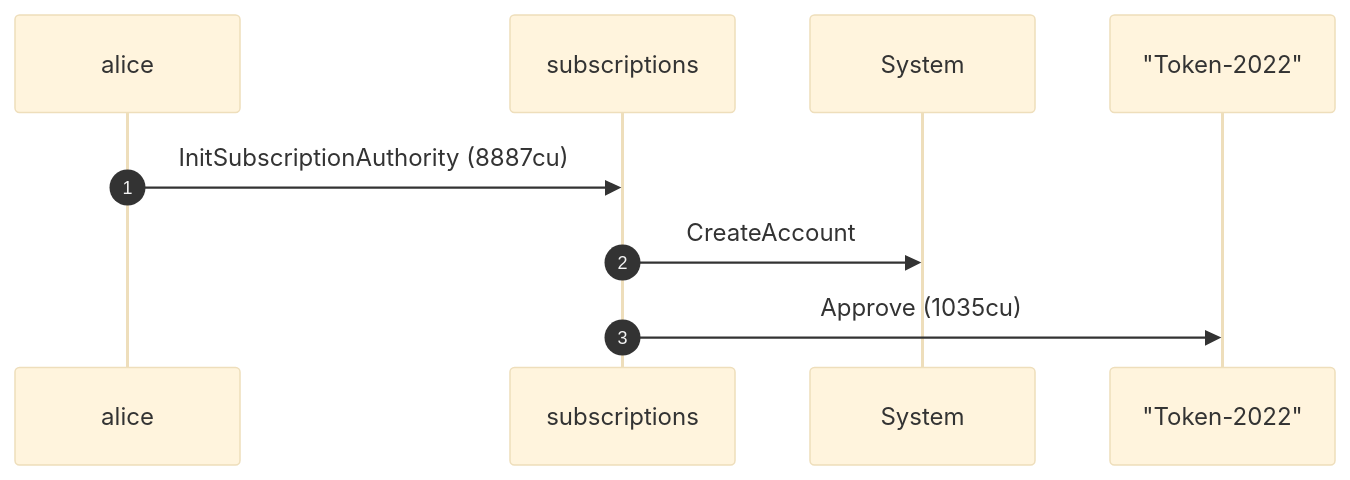
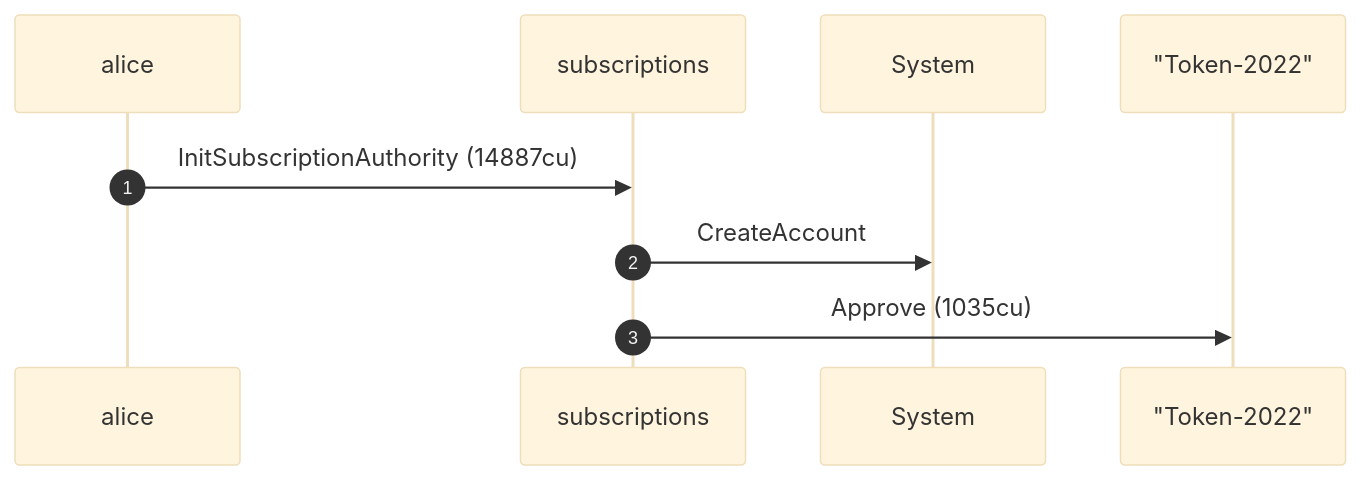
One commit to cds-rs/subscriptions changed the first of 12 diagrams in dsl_tests/recurring-transfer-over-a-token-2022-confidential-transfer-mint.md. Above: the diagram before and after it, drawn with Mermaid (base theme). The commit also changed other lines of this file and 224 other files, not shown here.

````diff
--- a/dsl_tests/recurring-transfer-over-a-token-2022-confidential-transfer-mint.md
+++ b/dsl_tests/recurring-transfer-over-a-token-2022-confidential-transfer-mint.md
@@ -24,11 +25,11 @@
 ```mermaid
 sequenceDiagram
     autonumber
     participant alice
     participant subscriptions
     participant System
     participant Token_2022 as "Token-2022"
-    alice ->> subscriptions: InitSubscriptionAuthority (8887cu)
+    alice ->> subscriptions: InitSubscriptionAuthority (14887cu)
     subscriptions ->> System: CreateAccount
     subscriptions ->> Token_2022: Approve (1035cu)
 ```
````
